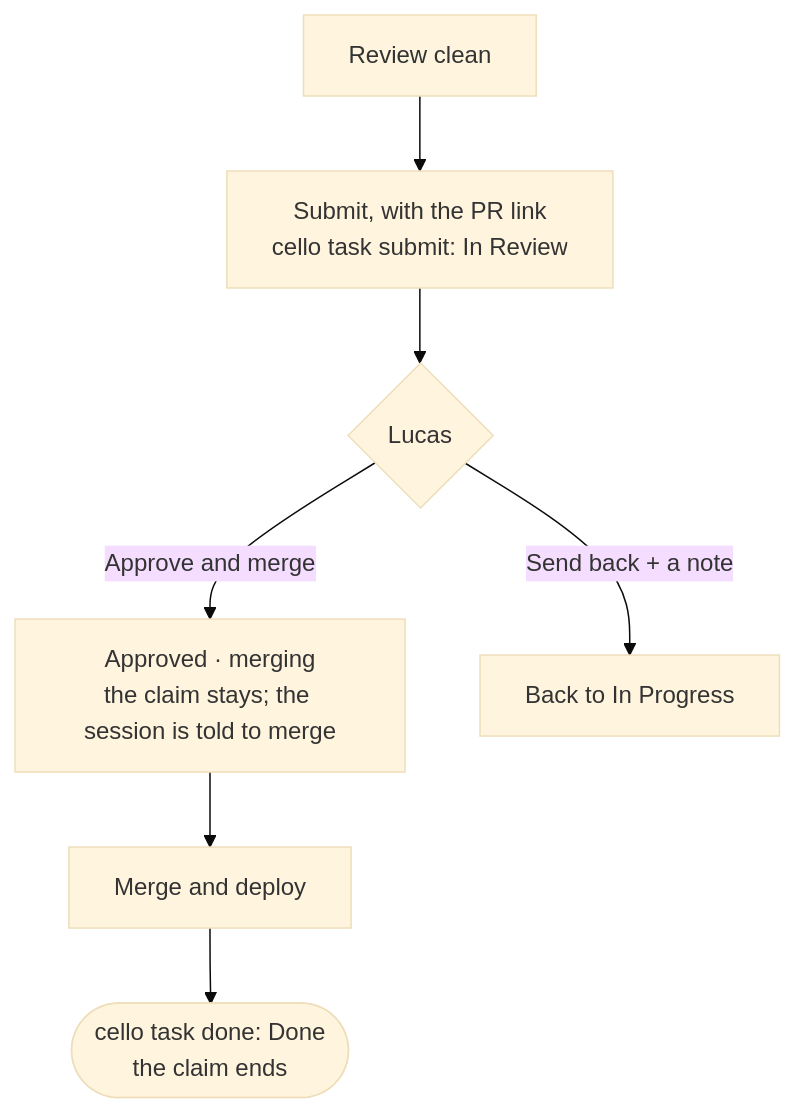
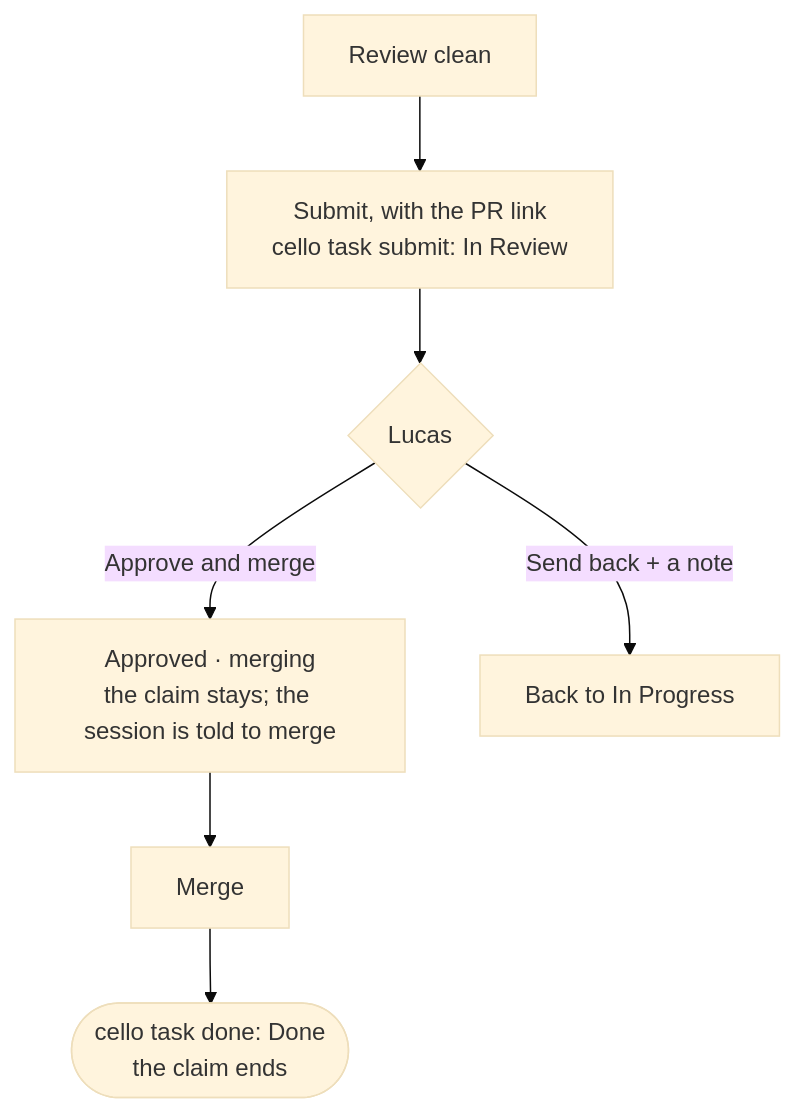
The fifth of 5 diagrams in docs/feature-lifecycle.md (lnmunhoz/cello), drawn with Mermaid (base theme) before and after one commit. The commit also changed other lines of this file and 5 other files, not shown here.

````diff
--- a/docs/feature-lifecycle.md
+++ b/docs/feature-lifecycle.md
@@ -185,9 +188,9 @@
 ```mermaid
 flowchart TD
     A["Review clean"] --> B["Submit, with the PR link<br/>cello task submit: In Review"]
     B --> C{"Lucas"}
     C -->|"Approve and merge"| D["Approved · merging<br/>the claim stays; the session is told to merge"]
-    D --> E["Merge and deploy"]
+    D --> E["Merge"]
     E --> F(["cello task done: Done<br/>the claim ends"])
     C -->|"Send back + a note"| G["Back to In Progress"]
 ```
````
